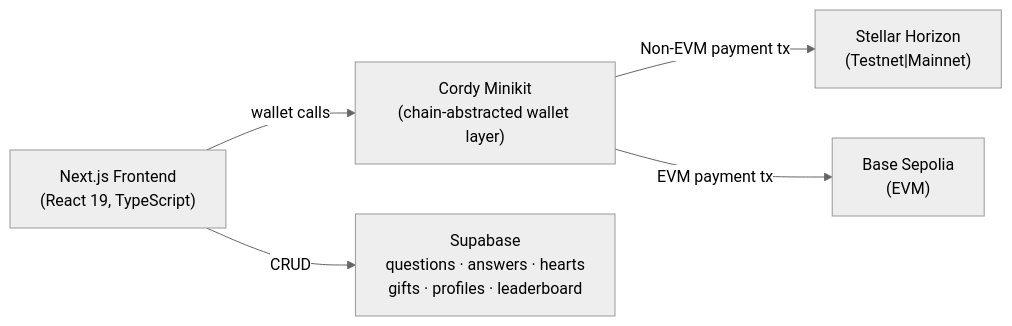
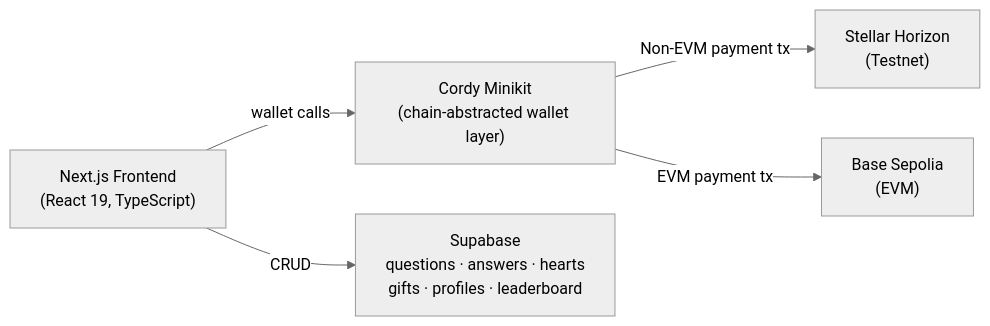
One commit to cordyStackX/askverse changed the diagram in README.md. Above: the diagram before and after it, drawn with Mermaid (neutral theme). The commit also changed other lines of this file, not shown here.

Commit message:
fix: update README with correct Stellar Horizon link and add mainnet contract details

````diff
--- a/README.md
+++ b/README.md
@@ -43,7 +43,7 @@
 ```mermaid
 flowchart LR
     A["Next.js Frontend<br/>(React 19, TypeScript)"] -->|wallet calls| B["Cordy Minikit<br/>(chain-abstracted wallet layer)"]
-    B -->|Non-EVM payment tx| C["Stellar Horizon<br/>(Testnet|Mainnet)"]
+    B -->|Non-EVM payment tx| C["Stellar Horizon<br/>(Testnet)"]
     B -->|EVM payment tx| E["Base Sepolia<br/>(EVM)"]
     A -->|CRUD| D["Supabase<br/>questions · answers · hearts<br/>gifts · profiles · leaderboard"]
 ```
````
